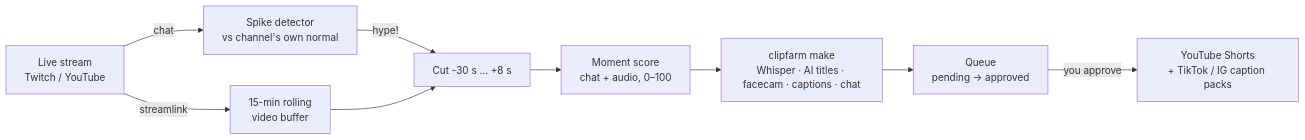
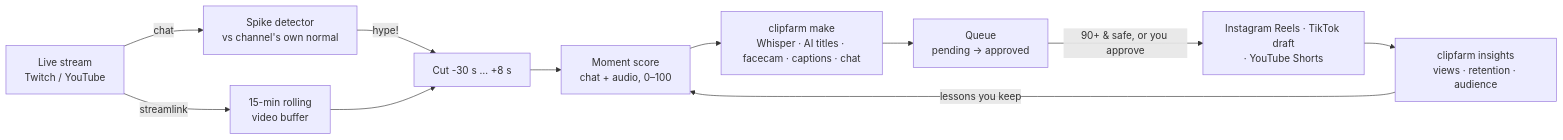
One commit to ancuong1610/Clippy changed the diagram in README.md. Above: the diagram before and after it, drawn with Mermaid. The commit also changed other lines of this file and 3 other files, not shown here.

First line of the commit message:
README: demo video, Instagram/TikTok posting, YouTube rest, analytics, cleanup

````diff
--- a/README.md
+++ b/README.md
@@ -18,11 +27,13 @@
 ```mermaid
 flowchart LR
     A[Live stream<br/>Twitch / YouTube] -->|streamlink| B[15-min rolling<br/>video buffer]
     A -->|chat| C[Spike detector<br/>vs channel's own normal]
     C -->|hype!| D[Cut -30 s … +8 s]
     B --> D
     D --> E[Moment score<br/>chat + audio, 0–100]
     E --> F[clipfarm make<br/>Whisper · AI titles · facecam · captions · chat]
     F --> G[Queue<br/>pending → approved]
-    G -->|you approve| H[YouTube Shorts<br/>+ TikTok / IG caption packs]
+    G -->|90+ & safe, or you approve| H[Instagram Reels · TikTok draft<br/>· YouTube Shorts]
+    H --> I[clipfarm insights<br/>views · retention · audience]
+    I -->|lessons you keep| E
 ```
````
